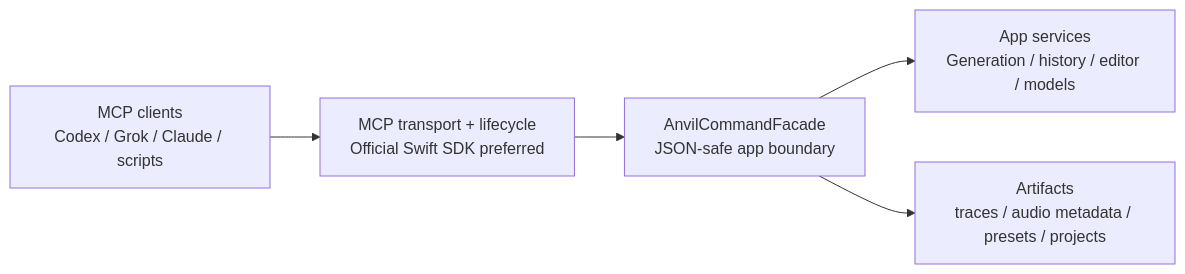
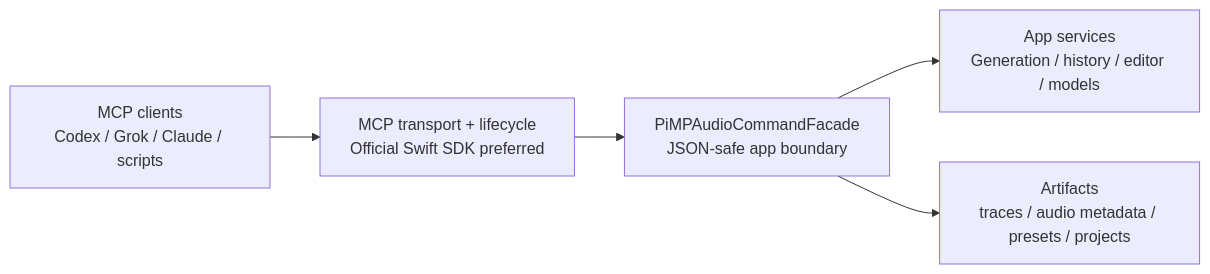
Before and after one commit to PiMPStudios/PiMPAudioStudio: the diagram in docs/mcp-standards-roadmap.md, drawn with Mermaid. The commit also changed other lines of this file and 42 other files, not shown here.

````diff
--- a/docs/mcp-standards-roadmap.md
+++ b/docs/mcp-standards-roadmap.md
@@ -115,13 +115,13 @@
 ```mermaid
 flowchart LR
     Client["MCP clients\nCodex / Grok / Claude / scripts"]
     Transport["MCP transport + lifecycle\nOfficial Swift SDK preferred"]
-    Facade["AnvilCommandFacade\nJSON-safe app boundary"]
+    Facade["PiMPAudioCommandFacade\nJSON-safe app boundary"]
     Services["App services\nGeneration / history / editor / models"]
     Artifacts["Artifacts\ntraces / audio metadata / presets / projects"]
 
     Client --> Transport
     Transport --> Facade
     Facade --> Services
     Facade --> Artifacts
 ```
````
